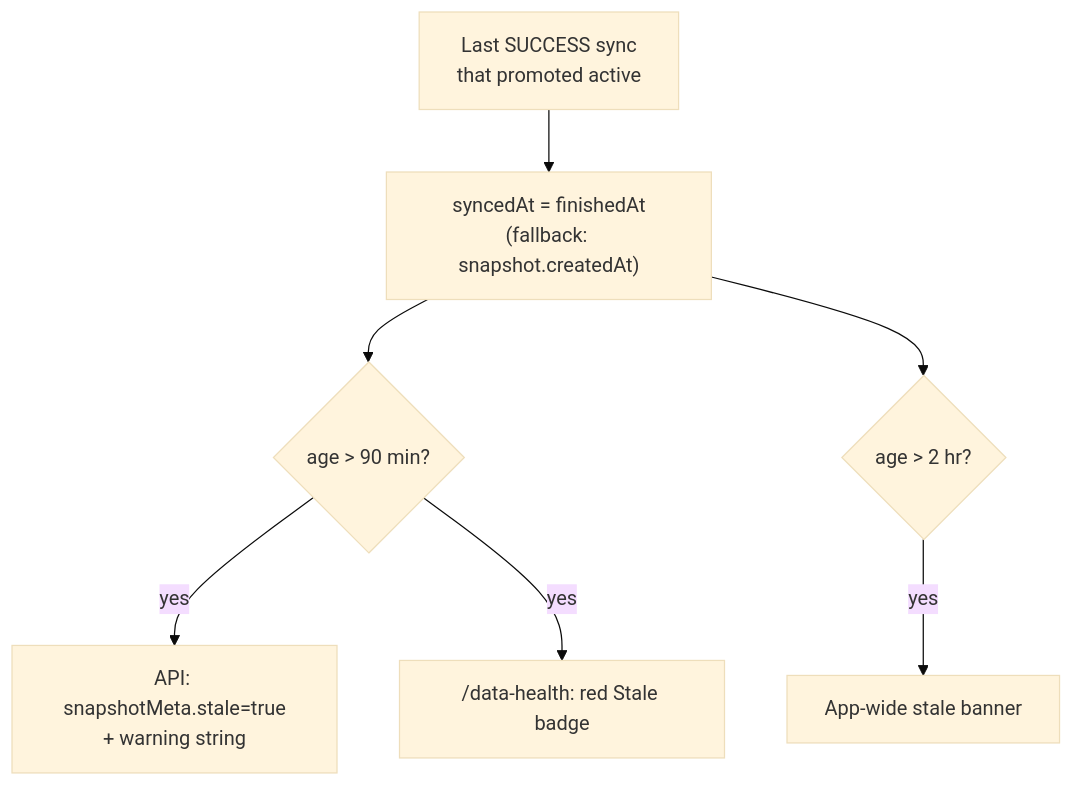
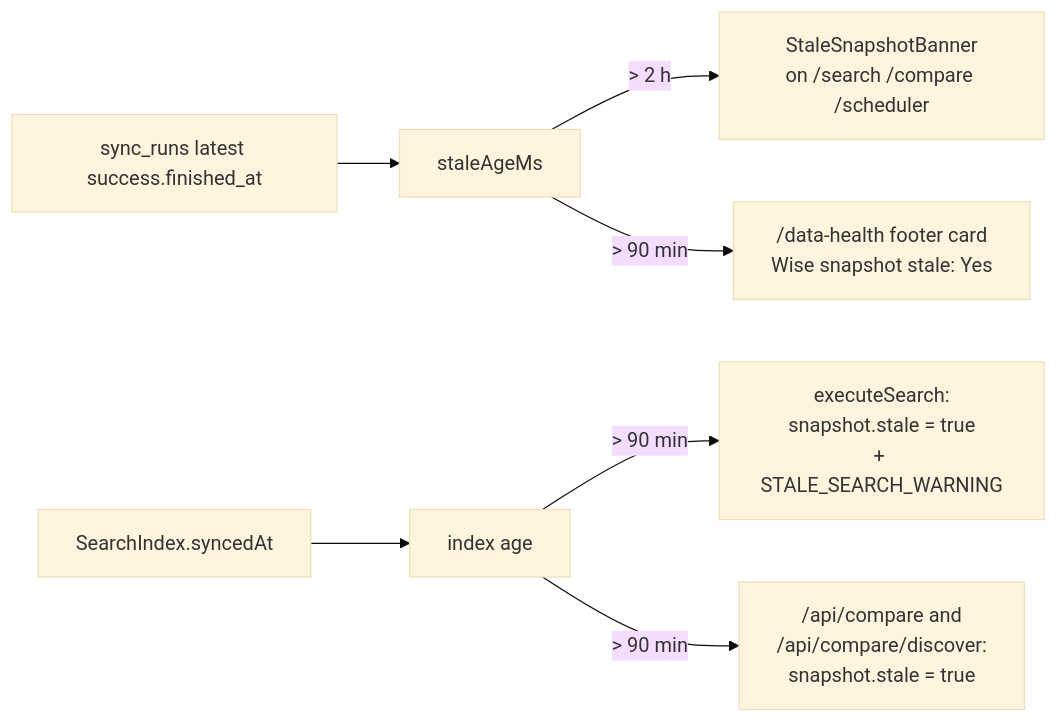
One commit to kasheesh711/bgscheduler changed the fourth of 4 diagrams in docs/operations/observability.md. Above: the diagram before and after it, drawn with Mermaid (base theme). The commit also changed other lines of this file and 71 other files, not shown here.

````diff
--- a/docs/operations/observability.md
+++ b/docs/operations/observability.md
@@ -217,9 +560,9 @@
 ```mermaid
-flowchart TD
-  ok[Last SUCCESS sync<br/>that promoted active] --> age["syncedAt = finishedAt<br/>(fallback: snapshot.createdAt)"]
-  age --> t90{age > 90 min?}
-  age --> t120{age > 2 hr?}
-  t90 -- yes --> apiwarn["API: snapshotMeta.stale=true<br/>+ warning string"]
-  t90 -- yes --> badge["/data-health: red Stale badge"]
-  t120 -- yes --> banner[App-wide stale banner]
+flowchart LR
+  SR["sync_runs latest success.finished_at"] --> AGE["staleAgeMs"]
+  IDX["SearchIndex.syncedAt"] --> AGE2["index age"]
+  AGE2 -->|"> 90 min"| W1["executeSearch:<br/>snapshot.stale = true<br/>+ STALE_SEARCH_WARNING"]
+  AGE2 -->|"> 90 min"| W2["/api/compare and<br/>/api/compare/discover:<br/>snapshot.stale = true"]
+  AGE -->|"> 2 h"| B["StaleSnapshotBanner<br/>on /search /compare /scheduler"]
+  AGE -->|"> 90 min"| C["/data-health footer card<br/>Wise snapshot stale: Yes"]
 ```
````
